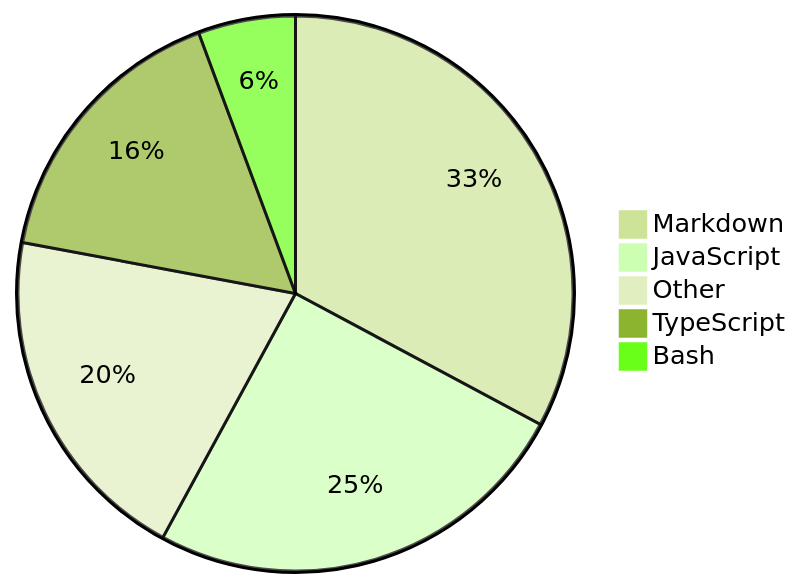
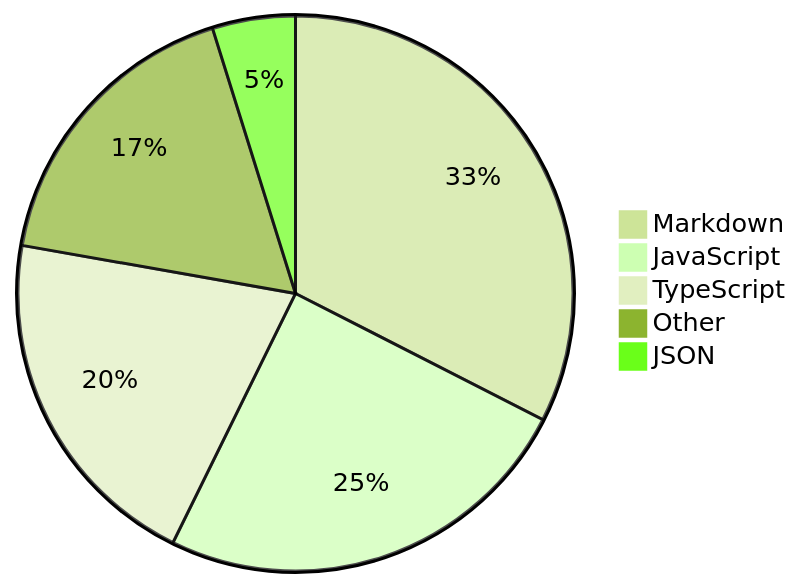
The diagram in README.md (Alicia111/alicia111), drawn with Mermaid (forest theme) before and after one commit.

Commit message:
Update WakaTime stats (・ω・)b

````diff
--- a/README.md
+++ b/README.md
@@ -32,8 +32,8 @@
 ```mermaid
 pie
-    "Markdown" : 27.13
-    "JavaScript" : 20.76
-    "Other" : 16.55
-    "TypeScript" : 13.56
-    "Bash" : 4.68
+    "Markdown" : 27.48
+    "JavaScript" : 20.94
+    "TypeScript" : 17.33
+    "Other" : 14.71
+    "JSON" : 4.08
 ```
````
